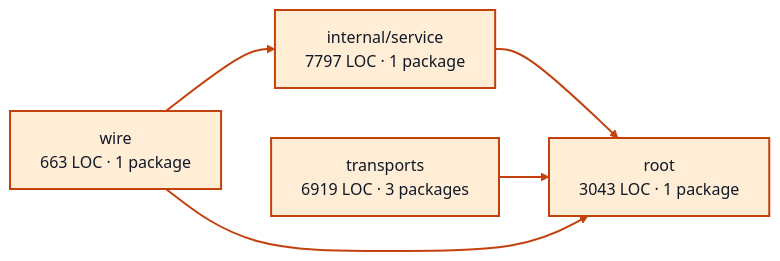
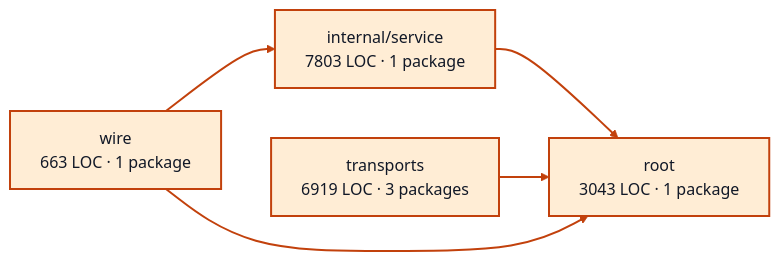
Before and after one commit to portpowered/you-agent-factory: the diagram in docs/architecture/visualizations/services/worker_sessions.md, drawn with Mermaid (base theme). The commit also changed other lines of this file and 20 other files, not shown here.

Commit message:
docs: refresh backend architecture visualizations

````diff
--- a/docs/architecture/visualizations/services/worker_sessions.md
+++ b/docs/architecture/visualizations/services/worker_sessions.md
@@ -11,16 +11,16 @@
 ```mermaid
 flowchart LR
-  p0["internal/service<br/>7797 LOC · 1 package"]
+  p0["internal/service<br/>7803 LOC · 1 package"]
   p1["root<br/>3043 LOC · 1 package"]
   p2["transports<br/>6919 LOC · 3 packages"]
   p3["wire<br/>663 LOC · 1 package"]
   p0 --> p1
   p2 --> p1
   p3 --> p0
   p3 --> p1
   style p0 fill:#ffedd5,stroke:#c2410c,stroke-width:2px,color:#111827
   style p1 fill:#ffedd5,stroke:#c2410c,stroke-width:2px,color:#111827
   style p2 fill:#ffedd5,stroke:#c2410c,stroke-width:2px,color:#111827
   style p3 fill:#ffedd5,stroke:#c2410c,stroke-width:2px,color:#111827
   linkStyle default stroke:#c2410c,stroke-width:2px
 ```
````
